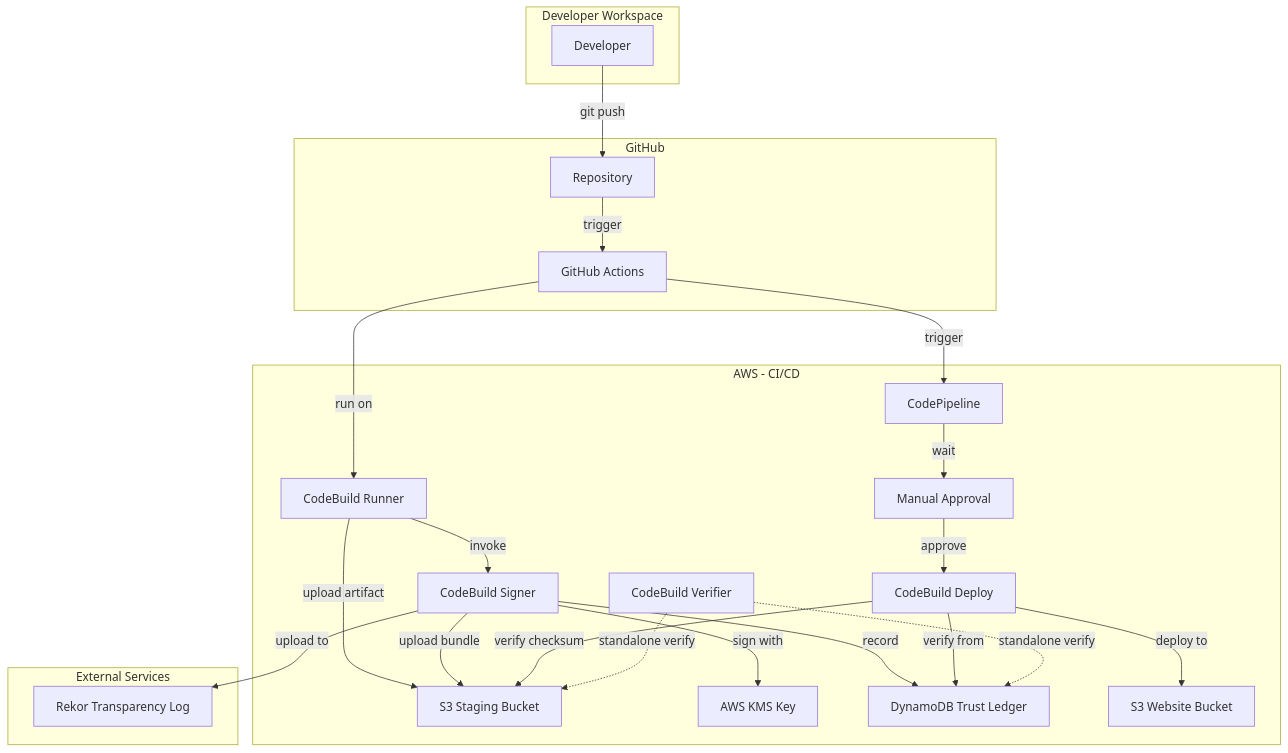
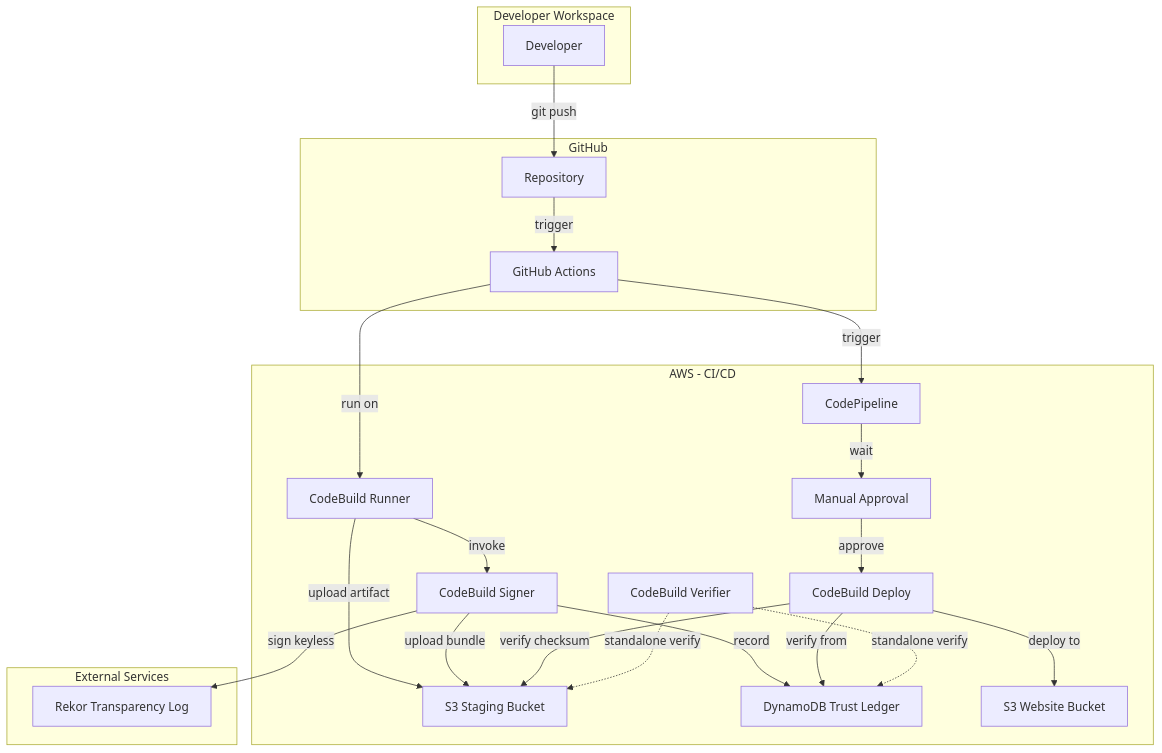
Before and after one commit to tanishk97/MICS295Capstone: the first of 6 diagrams in TECHNICAL_DOCUMENTATION.md, drawn with Mermaid. The commit also changed other lines of this file, not shown here.

Commit message:
Update documentation: Remove AWS KMS, add Sigstore keyless signing

````diff
--- a/TECHNICAL_DOCUMENTATION.md
+++ b/TECHNICAL_DOCUMENTATION.md
@@ -23,46 +23,44 @@
 ```mermaid
 graph TB
     subgraph "Developer Workspace"
         DEV[Developer]
     end
     
     subgraph "GitHub"
         REPO[Repository]
         GHA[GitHub Actions]
     end
     
     subgraph "AWS - CI/CD"
         CB1[CodeBuild Runner]
         S3S[S3 Staging Bucket]
         CB2[CodeBuild Signer]
-        KMS[AWS KMS Key]
         DDB[DynamoDB Trust Ledger]
         CP[CodePipeline]
         MA[Manual Approval]
         CB3[CodeBuild Deploy]
         CB4[CodeBuild Verifier]
         S3W[S3 Website Bucket]
     end
     
     subgraph "External Services"
         REKOR[Rekor Transparency Log]
     end
     
     DEV -->|git push| REPO
     REPO -->|trigger| GHA
     GHA -->|run on| CB1
     CB1 -->|upload artifact| S3S
     CB1 -->|invoke| CB2
-    CB2 -->|sign with| KMS
-    CB2 -->|upload to| REKOR
+    CB2 -->|sign keyless| REKOR
     CB2 -->|record| DDB
     CB2 -->|upload bundle| S3S
     GHA -->|trigger| CP
     CP -->|wait| MA
     MA -->|approve| CB3
     CB3 -->|verify from| DDB
     CB3 -->|verify checksum| S3S
     CB3 -->|deploy to| S3W
     CB4 -.->|standalone verify| DDB
     CB4 -.->|standalone verify| S3S
 ```
````
